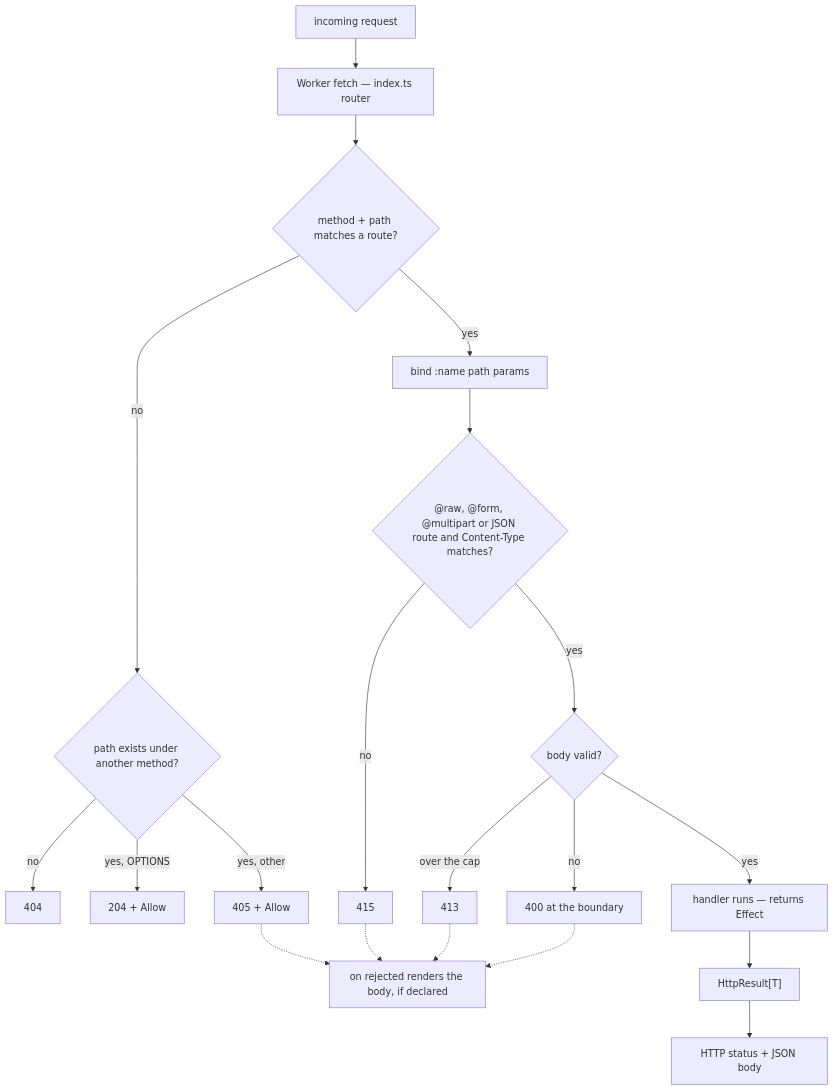
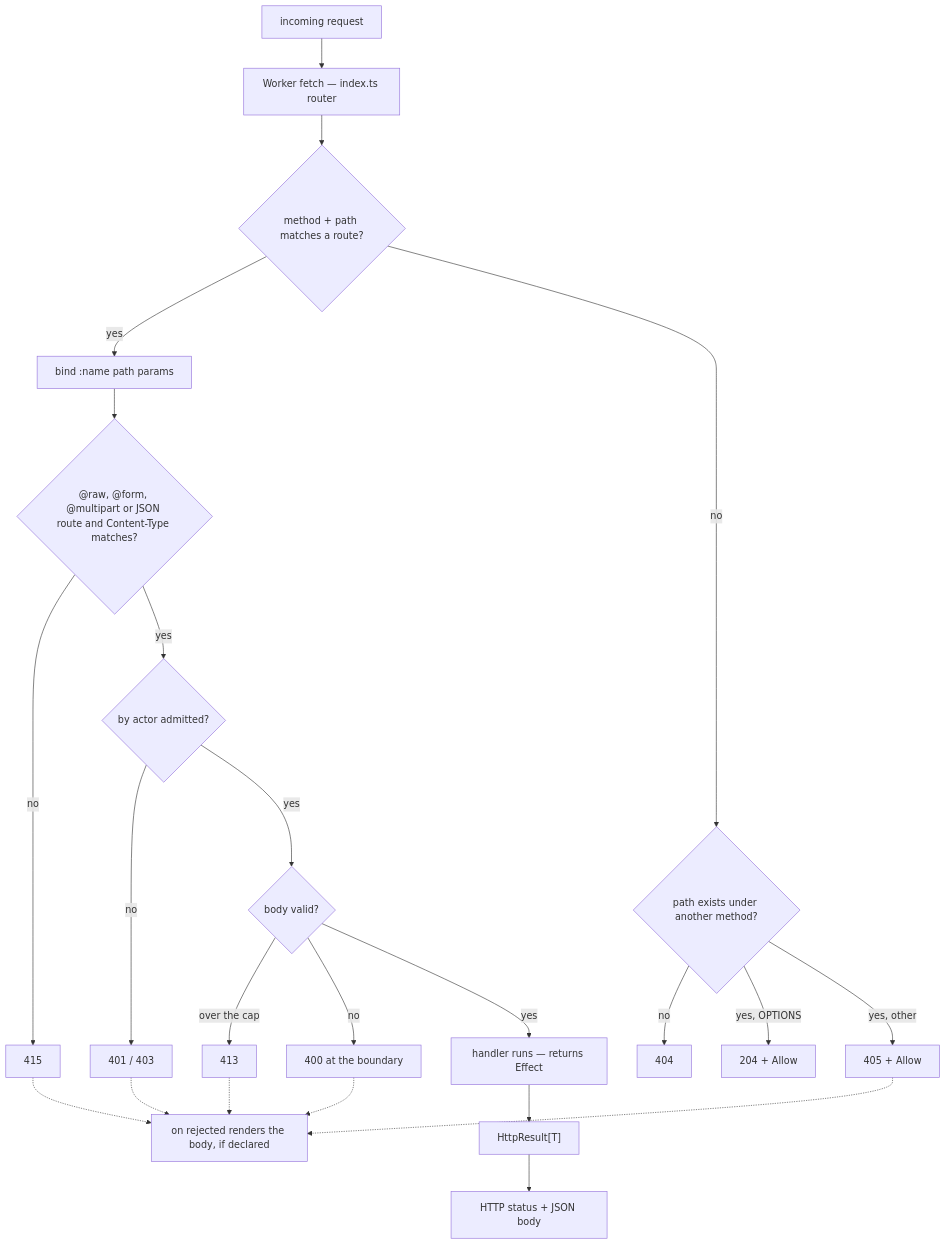
The diagram in site/src/content/docs/reference/http.md (bynk-lang/bynk), drawn with Mermaid before and after one commit. The commit also changed other lines of this file and 174 other files, not shown here.

````diff
--- a/site/src/content/docs/reference/http.md
+++ b/site/src/content/docs/reference/http.md
@@ -1560,22 +1596,25 @@
 ```mermaid
 flowchart TD
   req["incoming request"] --> router["Worker fetch — index.ts router"]
   router --> match{"method + path matches a route?"}
   match -->|yes| params["bind :name path params"]
   match -->|no| known{"path exists under another method?"}
   known -->|no| nf["404"]
   known -->|yes, OPTIONS| opt["204 + Allow"]
   known -->|yes, other| m405["405 + Allow"]
   params --> ctype{"@raw, @form, @multipart or JSON route and Content-Type matches?"}
   ctype -->|no| m415["415"]
-  ctype -->|yes| body{"body valid?"}
+  ctype -->|yes| actor{"by actor admitted?"}
+  actor -->|no| m401["401 / 403"]
+  actor -->|yes| body{"body valid?"}
   body -->|over the cap| m413["413"]
   body -->|no| bad["400 at the boundary"]
+  m401 -.-> hook
   m405 -.-> hook["on rejected renders the body, if declared"]
   m415 -.-> hook
   m413 -.-> hook
   bad -.-> hook
   body -->|yes| handler["handler runs — returns Effect"]
   handler --> result["HttpResult[T]"]
   result --> status["HTTP status + JSON body"]
 ```
````
